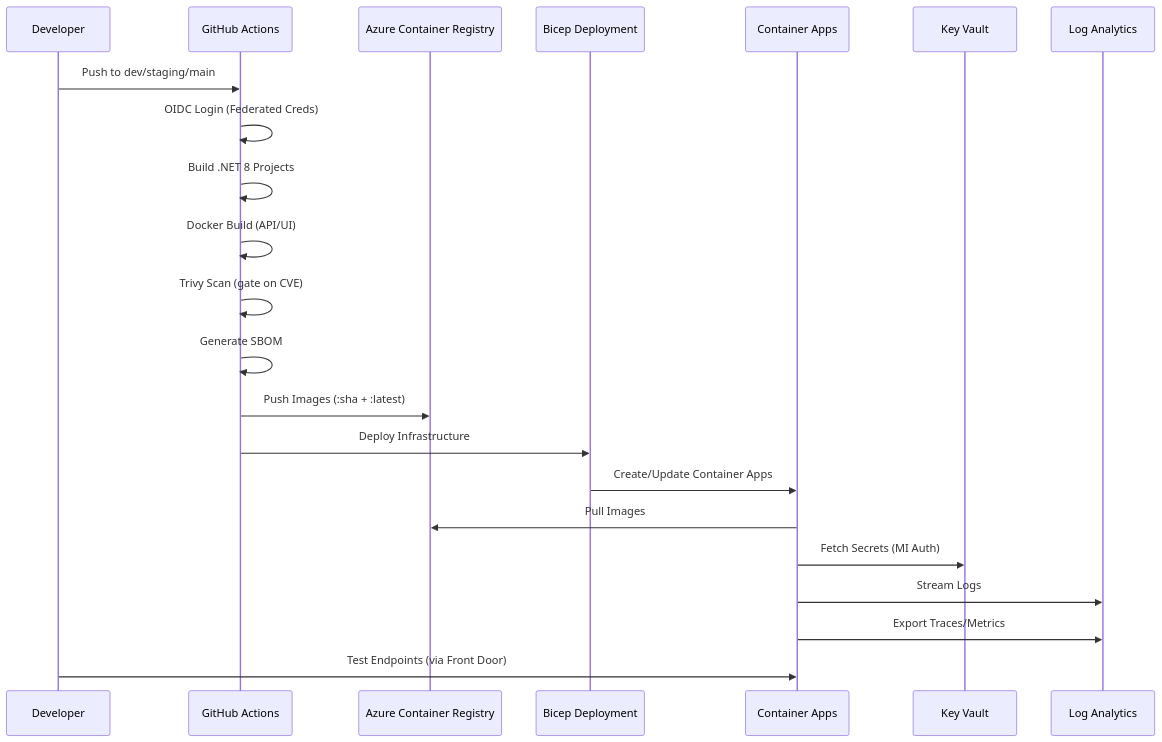
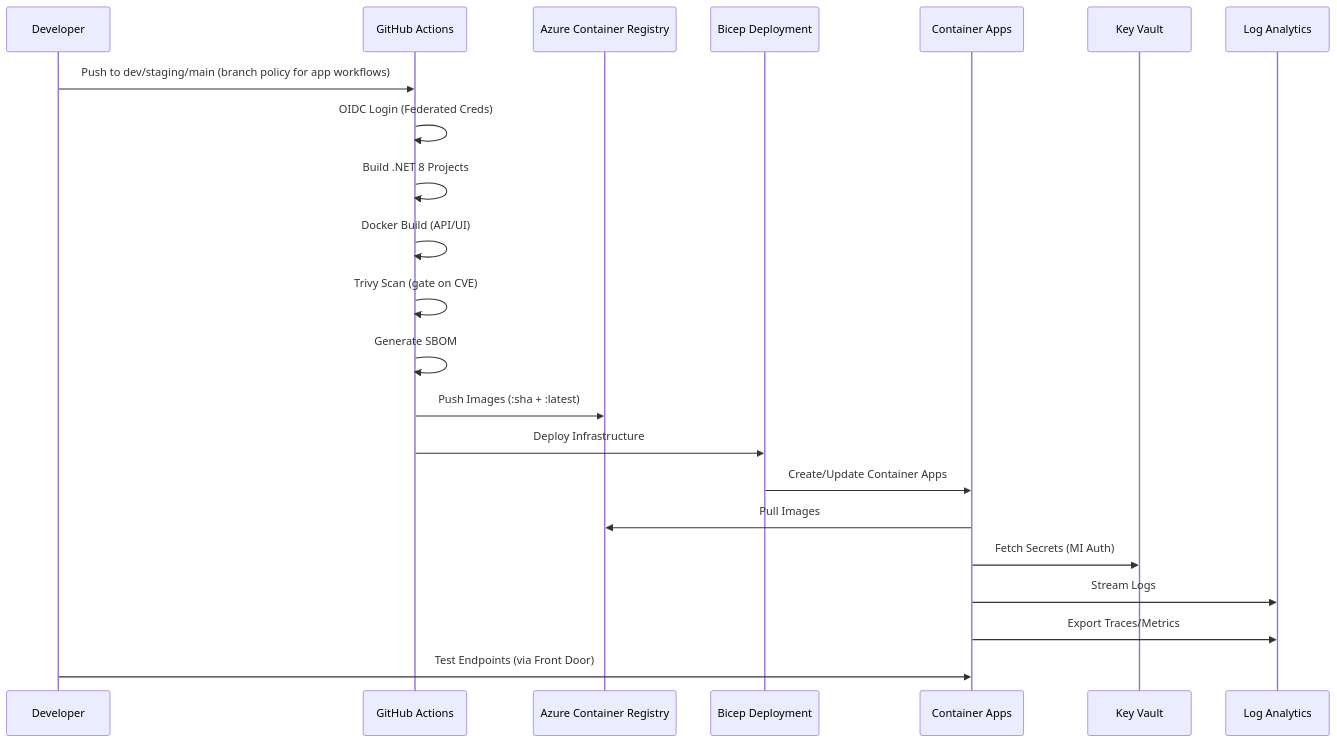
Before and after one commit to pavanthakur/XYDataLabs.OrderProcessingSystem: the second of 2 diagrams in Documentation/04-Enterprise-Architecture/ACA-Migration-Plan.md, drawn with Mermaid. The commit also changed 29 other files, not shown here.

Commit message:
Centralize Azure branch policy configuration

````diff
--- a/Documentation/04-Enterprise-Architecture/ACA-Migration-Plan.md
+++ b/Documentation/04-Enterprise-Architecture/ACA-Migration-Plan.md
@@ -113,25 +113,25 @@
 ```mermaid
 sequenceDiagram
     participant Dev as Developer
     participant GH as GitHub Actions
     participant ACR as Azure Container Registry
     participant Bicep as Bicep Deployment
     participant ACA as Container Apps
     participant KV as Key Vault
     participant LAW as Log Analytics
     
-    Dev->>GH: Push to dev/staging/main
+    Dev->>GH: Push to dev/staging/main (branch policy for app workflows)
     GH->>GH: OIDC Login (Federated Creds)
     GH->>GH: Build .NET 8 Projects
     GH->>GH: Docker Build (API/UI)
     GH->>GH: Trivy Scan (gate on CVE)
     GH->>GH: Generate SBOM
     GH->>ACR: Push Images (:sha + :latest)
     GH->>Bicep: Deploy Infrastructure
     Bicep->>ACA: Create/Update Container Apps
     ACA->>ACR: Pull Images
     ACA->>KV: Fetch Secrets (MI Auth)
     ACA->>LAW: Stream Logs
     ACA->>LAW: Export Traces/Metrics
     Dev->>ACA: Test Endpoints (via Front Door)
 ```
````
